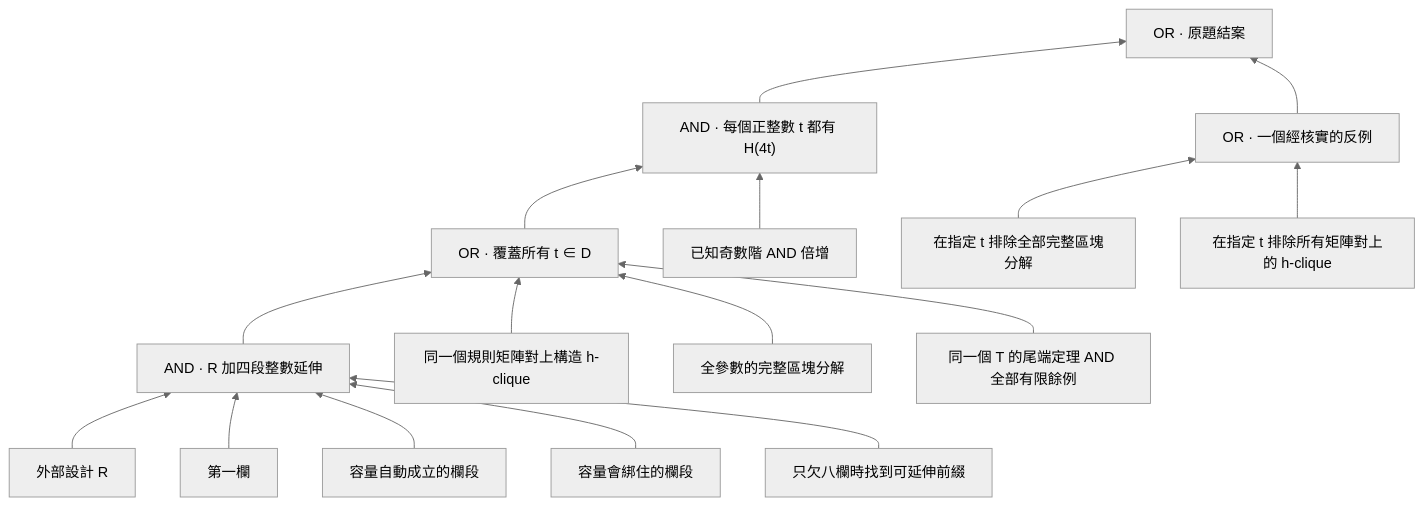
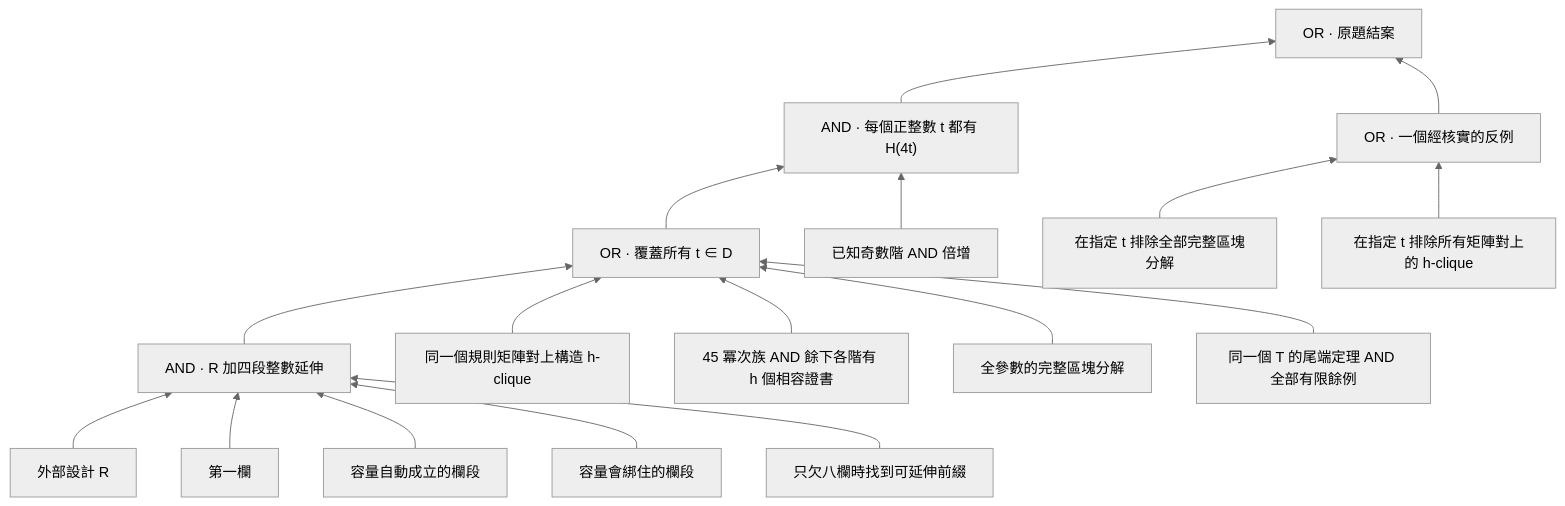
One commit to davidlueng986-alt/math-open-to-closed-compute changed the diagram in jobs/hadamard-all-orders/closure-dag/README.md. Above: the diagram before and after it, drawn with Mermaid (neutral theme). The commit also changed other lines of this file and 20 other files, not shown here.

```diff
--- a/jobs/hadamard-all-orders/closure-dag/README.md
+++ b/jobs/hadamard-all-orders/closure-dag/README.md
@@ -18,18 +20,19 @@
 ~~~mermaid
 flowchart BT
     pair["外部設計 R"] --> bands["AND · R 加四段整數延伸"]
     first["第一欄"] --> bands
     early["容量自動成立的欄段"] --> bands
     mid["容量會綁住的欄段"] --> bands
     endg["只欠八欄時找到可延伸前綴"] --> bands
     bands --> rem["OR · 覆蓋所有 t ∈ D"]
     clique["同一個規則矩陣對上構造 h-clique"] --> rem
+    cert["45 冪次族 AND 餘下各階有 h 個相容證書"] --> rem
     design["全參數的完整區塊分解"] --> rem
     tail["同一個 T 的尾端定理 AND 全部有限餘例"] --> rem
     rem --> yes["AND · 每個正整數 t 都有 H(4t)"]
     known["已知奇數階 AND 倍增"] --> yes
     excl["在指定 t 排除全部完整區塊分解"] --> no["OR · 一個經核實的反例"]
     allpairs["在指定 t 排除所有矩陣對上的 h-clique"] --> no
     yes --> root["OR · 原題結案"]
     no --> root
 ~~~
```
